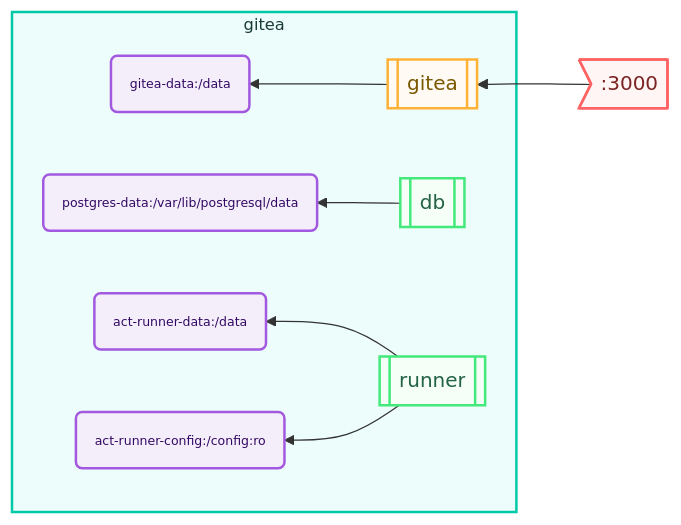
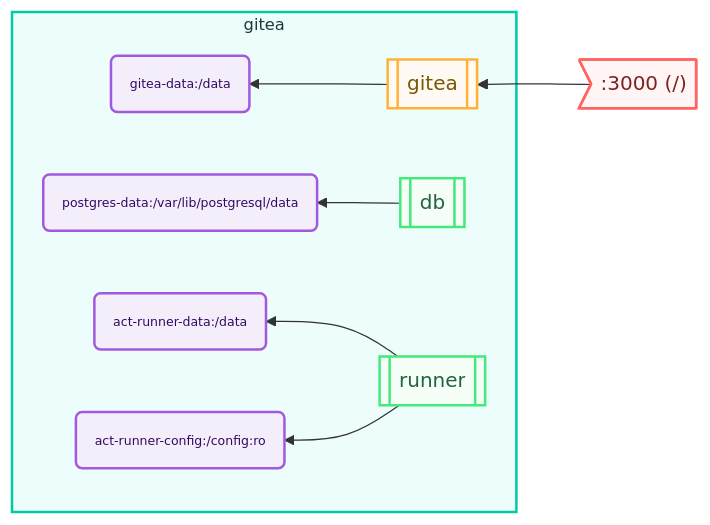
One commit to bozemanpass/gitea-stack changed the diagram in README.md. Above: the diagram before and after it, drawn with Mermaid.

Commit message:
Updated chart

````diff
--- a/README.md
+++ b/README.md
@@ -10,26 +10,26 @@
 ```mermaid
 flowchart RL
-  gitea-gitea-http>:3000]:::http_target
+  gitea-gitea-http>":3000 (/)"]:::http_target
   gitea-gitea-http --> gitea-gitea
   subgraph gitea [gitea]
     gitea-gitea[[gitea]]:::http_service
     gitea-gitea-volume-gitea-data:/data(gitea-data:/data):::volume
     gitea-db[[db]]:::service
     gitea-db-volume-postgres-data:/var/lib/postgresql/data(postgres-data:/var/lib/postgresql/data):::volume
     gitea-runner[[runner]]:::service
     gitea-runner-volume-act-runner-data:/data(act-runner-data:/data):::volume
     gitea-runner-volume-act-runner-config:/config:ro(act-runner-config:/config:ro):::volume
     gitea-gitea --> gitea-gitea-volume-gitea-data:/data
     gitea-db --> gitea-db-volume-postgres-data:/var/lib/postgresql/data
     gitea-runner --> gitea-runner-volume-act-runner-data:/data
     gitea-runner --> gitea-runner-volume-act-runner-config:/config:ro
   end
   classDef super_stack stroke:#FFF176,fill:#FFFEEF,color:#6B5E13,stroke-width:2px,font-size:small;
   classDef stack stroke:#00C9A7,fill:#EDFDFB,color:#1A3A38,stroke-width:2px,font-size:small;
   classDef service stroke:#43E97B,fill:#F5FFF7,color:#236247,stroke-width:2px;
   classDef http_service stroke:#FFB236,fill:#FFFAF4,color:#7A5800,stroke-width:2px;
   classDef http_target stroke:#FF6363,fill:#FFF5F5,color:#7C2323,stroke-width:2px;
   classDef port stroke:#26C6DA,fill:#E6FAFB,color:#074953,stroke-width:2px,font-size:x-small;
   classDef volume stroke:#A259DF,fill:#F4EEFB,color:#320963,stroke-width:2px,font-size:x-small;
   class gitea stack;
 ```
````
